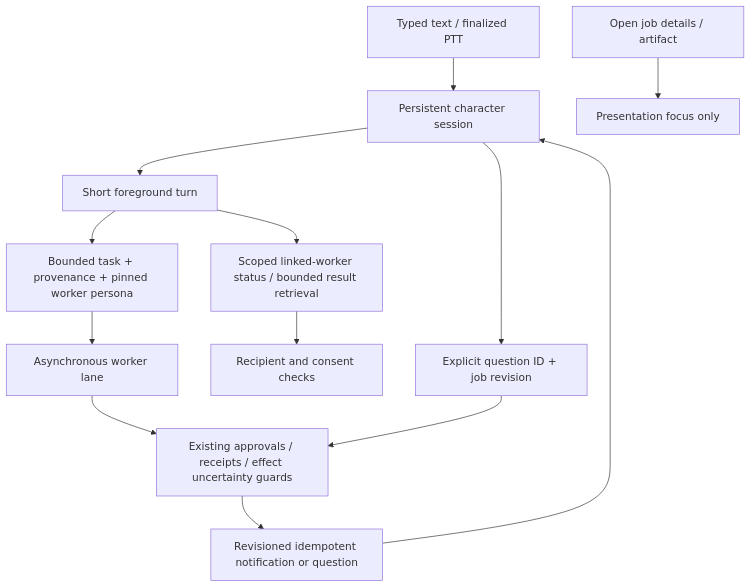
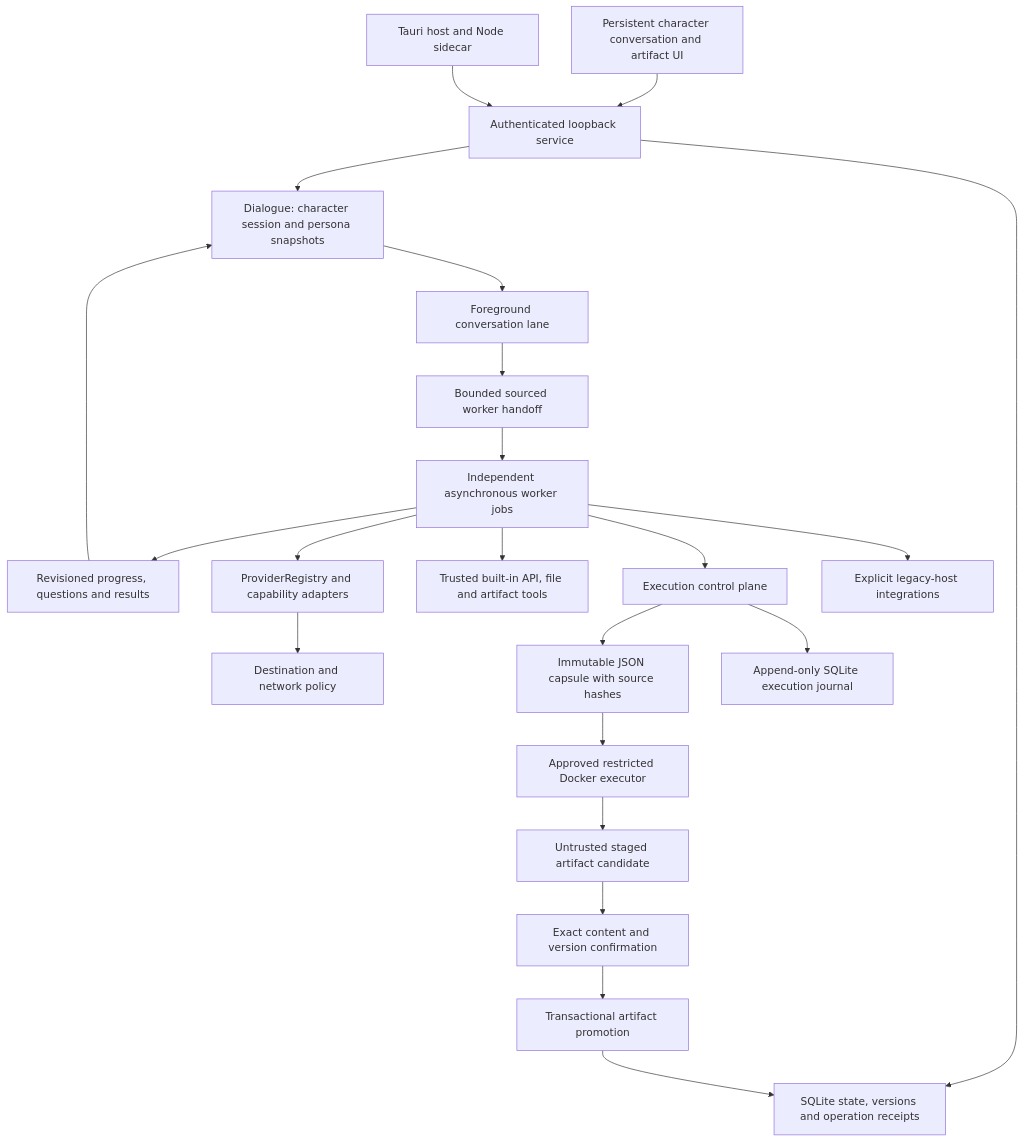
Before and after one commit to coco4atJP/Tepora-alpha: the diagram in Tepora-v3/docs/ARCHITECTURE.md, drawn with Mermaid. The commit also changed other lines of this file and 133 other files, not shown here.

````diff
--- a/Tepora-v3/docs/ARCHITECTURE.md
+++ b/Tepora-v3/docs/ARCHITECTURE.md
@@ -111,15 +5,24 @@
 ```mermaid
 flowchart TD
-  Typed[Typed text / finalized PTT] --> Session[Persistent character session]
-  Session --> Chat[Short foreground turn]
-  Chat --> Handoff[Bounded task + provenance + pinned worker persona]
-  Handoff --> Work[Asynchronous worker lane]
-  Work --> Guards[Existing approvals / receipts / effect uncertainty guards]
-  Guards --> Bus[Revisioned idempotent notification or question]
-  Bus --> Session
-  Session --> Reply[Explicit question ID + job revision]
-  Reply --> Guards
-  Chat --> Results[Scoped linked-worker status / bounded result retrieval]
-  Results --> Consent[Recipient and consent checks]
-  Focus[Open job details / artifact] --> View[Presentation focus only]
+    UI[Persistent character conversation and artifact UI] --> API[Authenticated loopback service]
+    Native[Tauri host and Node sidecar] --> API
+    API --> Dialogue[Dialogue: character session and persona snapshots]
+    Dialogue --> Chat[Foreground conversation lane]
+    Chat --> Handoff[Bounded sourced worker handoff]
+    Handoff --> Harness[Independent asynchronous worker jobs]
+    Harness --> Bus[Revisioned progress, questions and results]
+    Bus --> Dialogue
+    API --> Store[SQLite state, versions and operation receipts]
+    Harness --> Providers[ProviderRegistry and capability adapters]
+    Providers --> Network[Destination and network policy]
+    Harness --> Builtin[Trusted built-in API, file and artifact tools]
+    Harness --> Execution[Execution control plane]
+    Execution --> Capsule[Immutable JSON capsule with source hashes]
+    Capsule --> Docker[Approved restricted Docker executor]
+    Docker --> Staged[Untrusted staged artifact candidate]
+    Staged --> Review[Exact content and version confirmation]
+    Review --> Promote[Transactional artifact promotion]
+    Promote --> Store
+    Execution --> Journal[Append-only SQLite execution journal]
+    Harness --> Legacy[Explicit legacy-host integrations]
 ```
````
